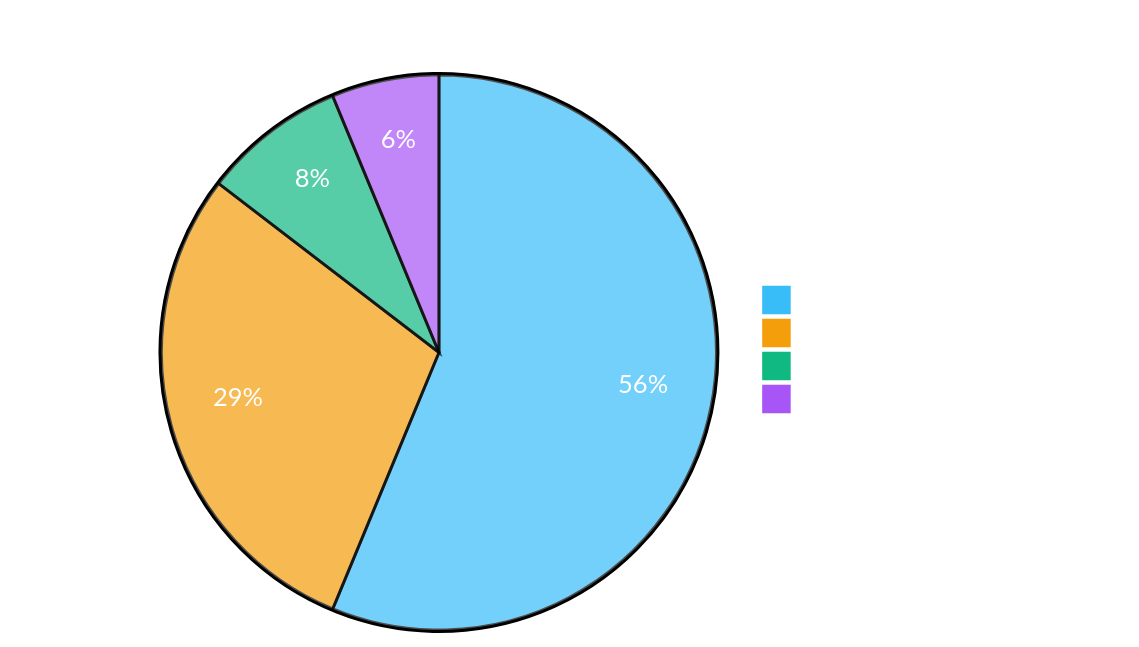
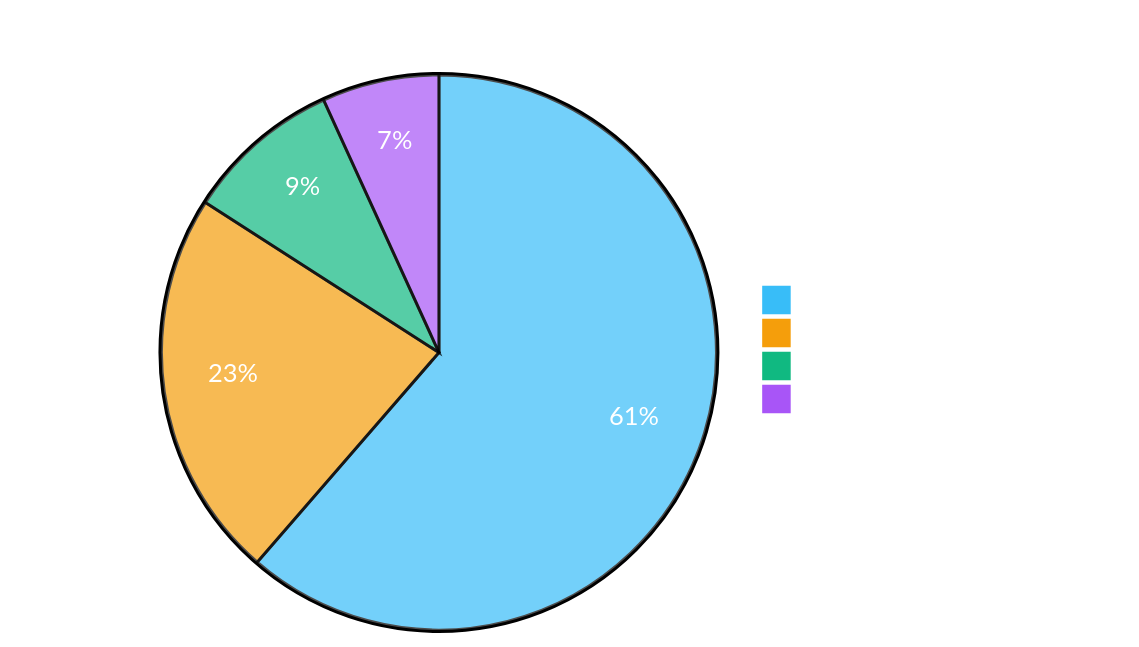
Before and after one commit to Apoo711/visor-project: the first of 3 diagrams in tests/TEST_REPORT.md, drawn with Mermaid. The commit also changed other lines of this file, not shown here.

Commit message:
chore(ci): update automated test report [skip ci]

````diff
--- a/tests/TEST_REPORT.md
+++ b/tests/TEST_REPORT.md
@@ -26,8 +26,8 @@
 ```mermaid
 %%{init: {'theme': 'base', 'themeVariables': { 'primaryColor': '#38bdf8', 'primaryTextColor': '#ffffff', 'primaryBorderColor': '#0284c7', 'lineColor': '#64748b', 'secondaryColor': '#a855f7', 'tertiaryColor': '#10b981', 'quaternaryColor': '#f59e0b', 'pie1': '#38bdf8', 'pie2': '#f59e0b', 'pie3': '#10b981', 'pie4': '#a855f7' } } }%%
-pie title V.I.S.O.R. Test Coverage Distribution (48 Total Tests)
+pie title V.I.S.O.R. Test Coverage Distribution (44 Total Tests)
     "Rust Pi Logic Units" : 27
-    "Arduino Protocol & Firmware" : 14
+    "Arduino Protocol & Firmware" : 10
     "Latency Benchmarks" : 4
     "End-to-End Pipelines" : 3
 ```
````
